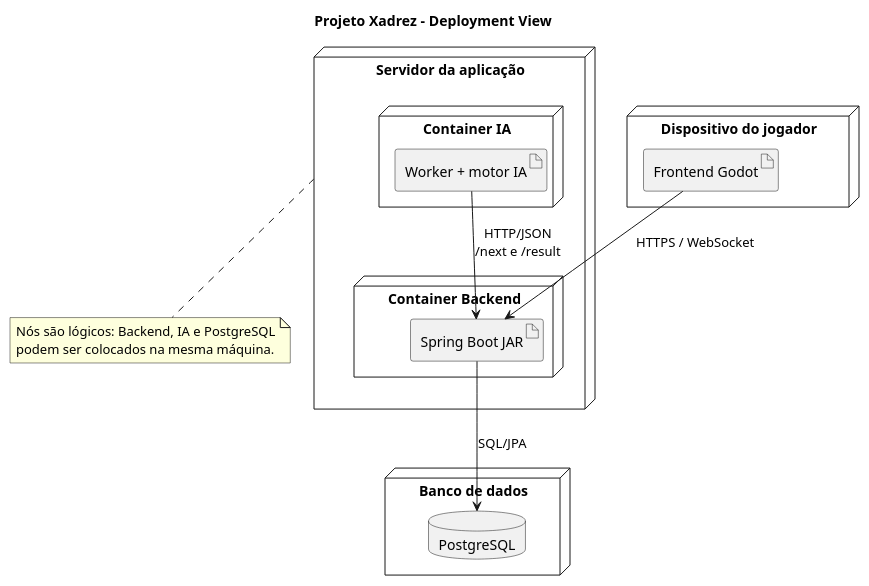
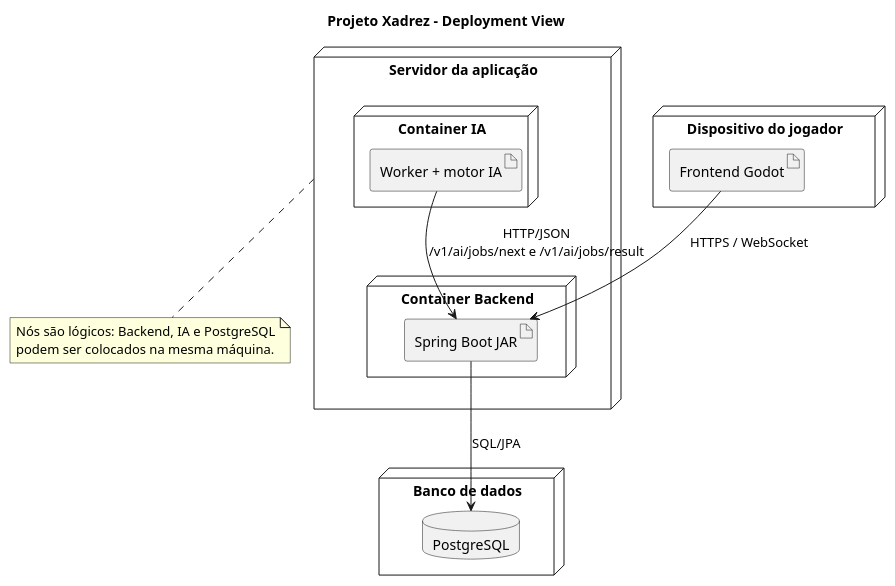
Before and after one commit to brenomega/chess-backend: the diagram in docs/architecture/diagrams/deployment.puml, drawn with PlantUML. The commit also changed 4 other files, not shown here.

```diff
--- a/docs/architecture/diagrams/deployment.puml
+++ b/docs/architecture/diagrams/deployment.puml
@@ -1,29 +1,29 @@
 @startuml
 title Projeto Xadrez - Deployment View
 
 node "Dispositivo do jogador" as client {
   artifact "Frontend Godot" as frontend
 }
 
 node "Servidor da aplicação" as apphost {
   node "Container Backend" as backend {
     artifact "Spring Boot JAR" as jar
   }
   node "Container IA" as aicontainer {
     artifact "Worker + motor IA" as ai
   }
 }
 
 node "Banco de dados" as dbhost {
   database "PostgreSQL" as db
 }
 
 frontend --> jar : HTTPS / WebSocket
 jar --> db : SQL/JPA
-ai --> jar : HTTP/JSON\n/next e /result
+ai --> jar : HTTP/JSON\n/v1/ai/jobs/next e /v1/ai/jobs/result
 
 note bottom of apphost
 Nós são lógicos: Backend, IA e PostgreSQL
 podem ser colocados na mesma máquina.
 end note
 @enduml
```
